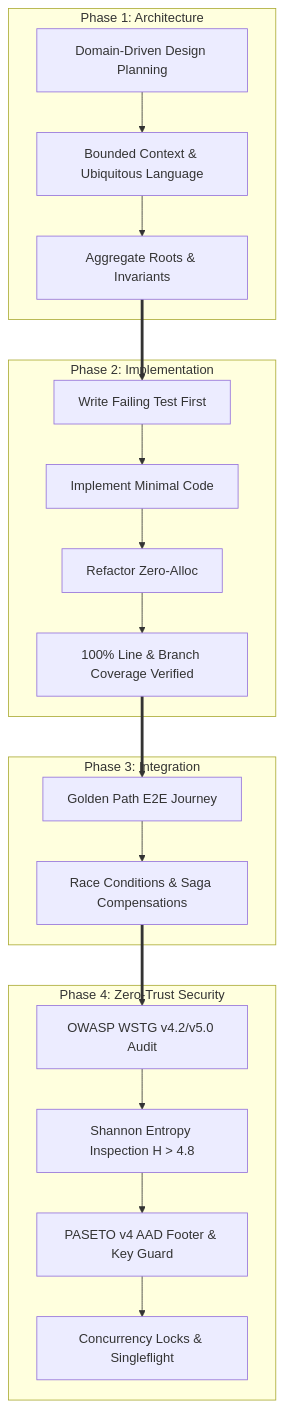
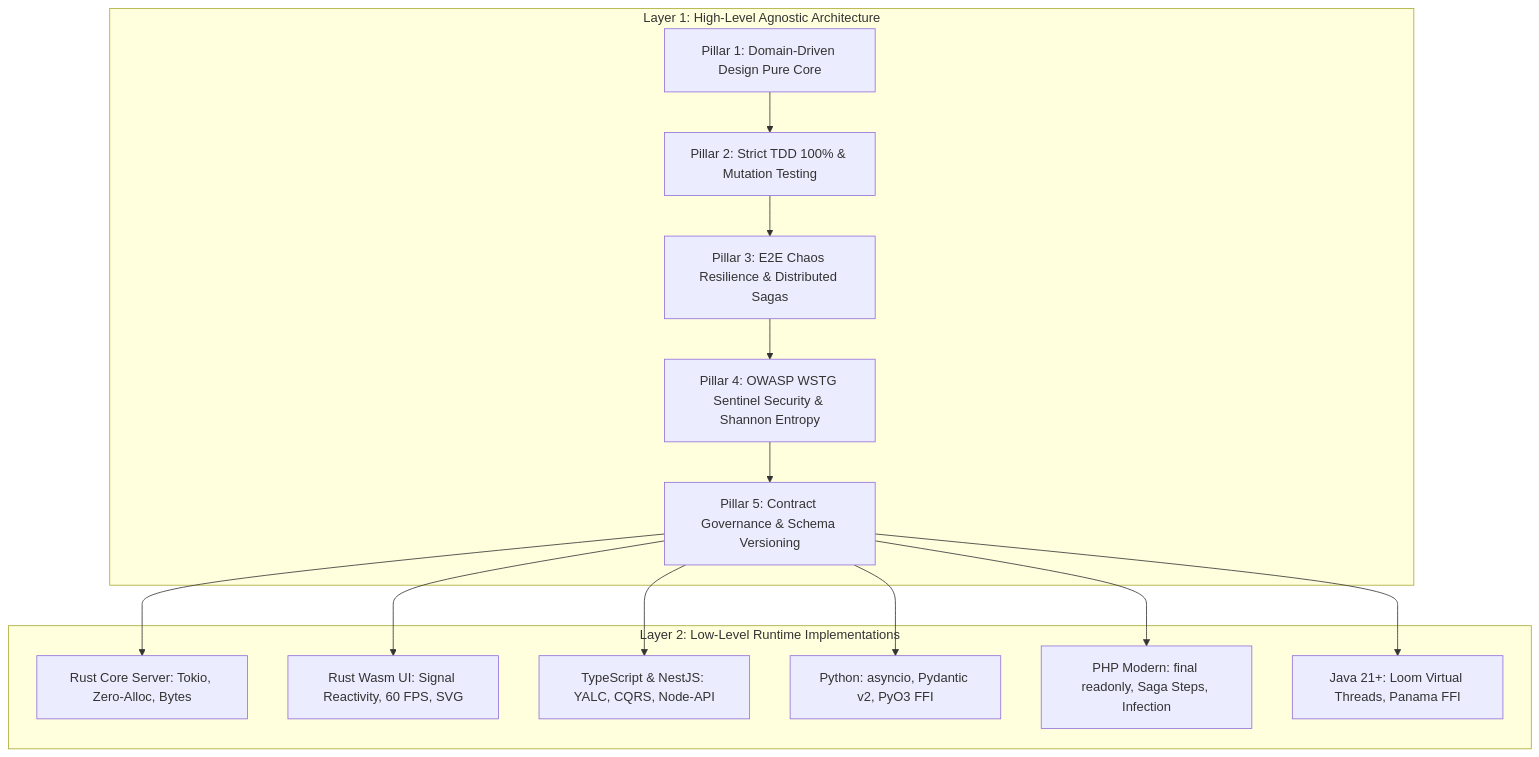
The diagram in HANDBOOK.md (AI-Autistic-Intelligence/ferrox-agent-toolkit), drawn with Mermaid before and after one commit. The commit also changed other lines of this file and 25 other files, not shown here.

Commit message:
feat: complete dual-layer architecture with 14 rules, 13 skills, and 7 agents

````diff
--- a/HANDBOOK.md
+++ b/HANDBOOK.md
@@ -11,35 +11,20 @@
 ```mermaid
 flowchart TD
-    subgraph Phase 1: Architecture
-        DDD[Domain-Driven Design Planning]
-        Ctx[Bounded Context & Ubiquitous Language]
-        Agg[Aggregate Roots & Invariants]
-        DDD --> Ctx --> Agg
+    subgraph Layer 1: High-Level Agnostic Architecture
+        DDD[Pillar 1: Domain-Driven Design Pure Core]
+        TDD[Pillar 2: Strict TDD 100% & Mutation Testing]
+        Chaos[Pillar 3: E2E Chaos Resilience & Distributed Sagas]
+        Sec[Pillar 4: OWASP WSTG Sentinel Security & Shannon Entropy]
+        Gov[Pillar 5: Contract Governance & Schema Versioning]
+        DDD --> TDD --> Chaos --> Sec --> Gov
     end
 
-    subgraph Phase 2: Implementation
-        Red[Write Failing Test First]
-        Green[Implement Minimal Code]
-        Refactor[Refactor Zero-Alloc]
-        Cov[100% Line & Branch Coverage Verified]
-        Red --> Green --> Refactor --> Cov
+    subgraph Layer 2: Low-Level Runtime Implementations
+        Gov --> Rust[Rust Core Server: Tokio, Zero-Alloc, Bytes]
+        Gov --> Wasm[Rust Wasm UI: Signal Reactivity, 60 FPS, SVG]
+        Gov --> TS[TypeScript & NestJS: YALC, CQRS, Node-API]
+        Gov --> Py[Python: asyncio, Pydantic v2, PyO3 FFI]
+        Gov --> PHP[PHP Modern: final readonly, Saga Steps, Infection]
+        Gov --> Java[Java 21+: Loom Virtual Threads, Panama FFI]
     end
-
-    subgraph Phase 3: Integration
-        Happy[Golden Path E2E Journey]
-        Chaos[Race Conditions & Saga Compensations]
-        Happy --> Chaos
-    end
-
-    subgraph Phase 4: Zero-Trust Security
-        WSTG[OWASP WSTG v4.2/v5.0 Audit]
-        Ent[Shannon Entropy Inspection H > 4.8]
-        Crypto[PASETO v4 AAD Footer & Key Guard]
-        Lock[Concurrency Locks & Singleflight]
-        WSTG --> Ent --> Crypto --> Lock
-    end
-
-    Agg ==> Red
-    Cov ==> Happy
-    Chaos ==> WSTG
 ```
````
